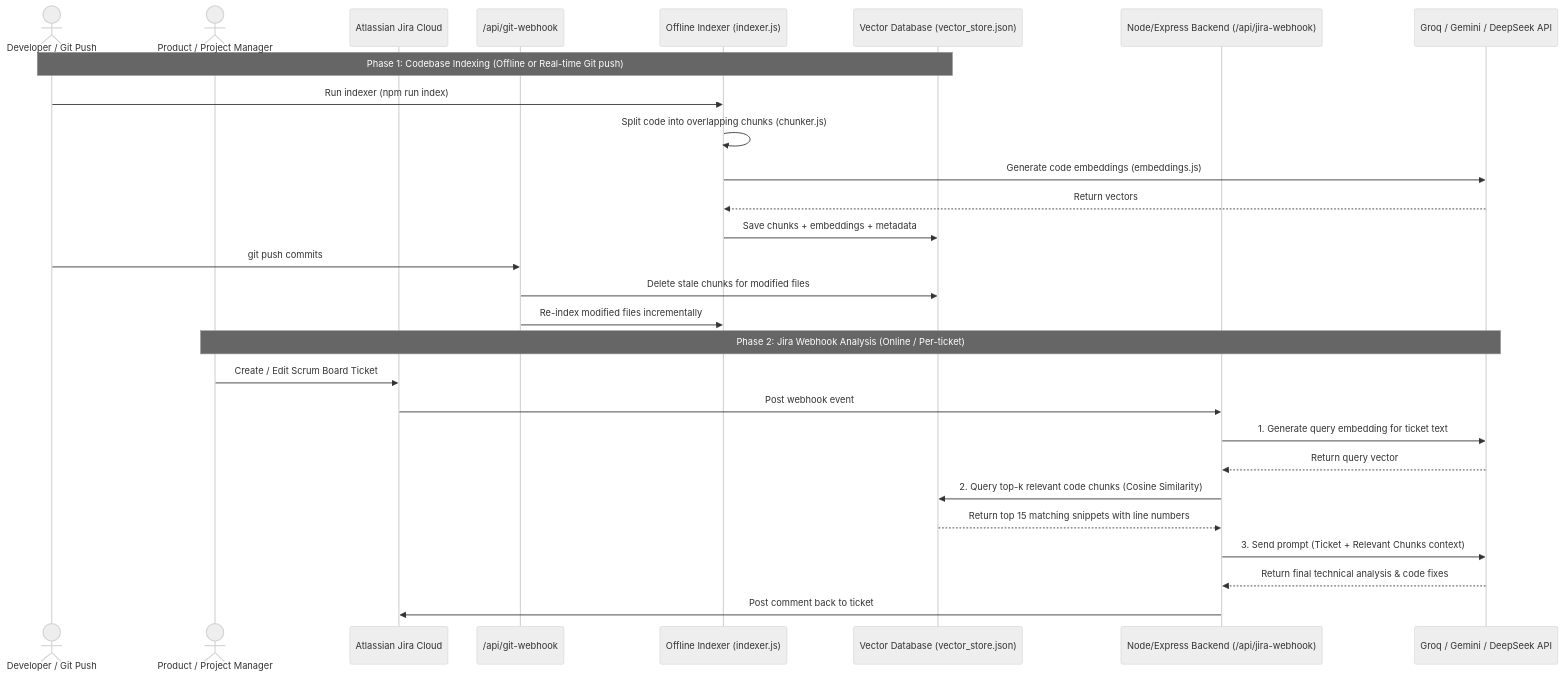
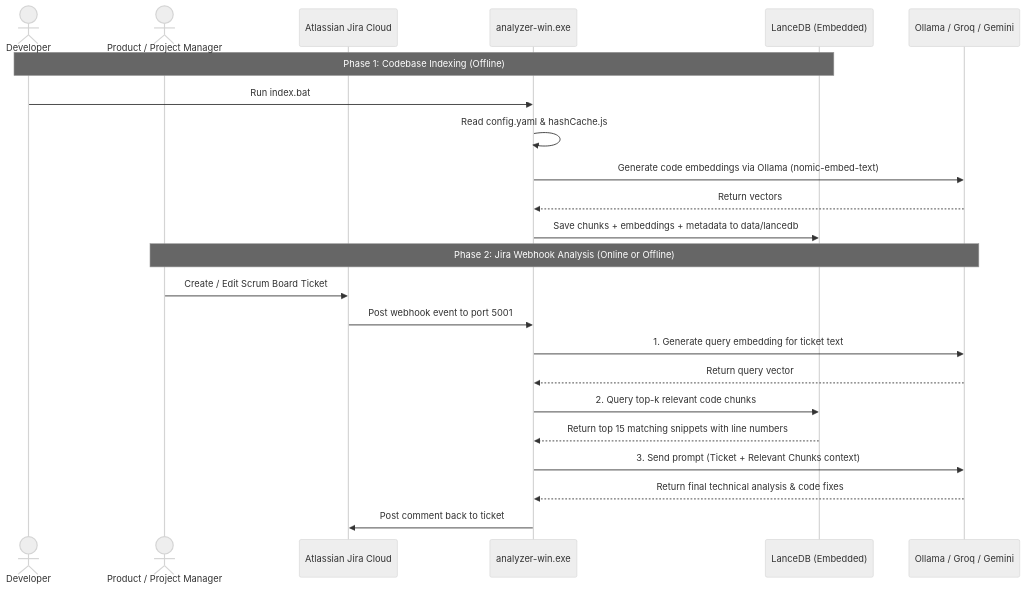
Before and after one commit to ketankapale8/AIAutomationMVP: the diagram in README.md, drawn with Mermaid (neutral theme). The commit also changed other lines of this file, not shown here.

Commit message:
docs: rewrite README to reflect v2.2 standalone executable architecture, LanceDB, and multi-tier Ollama routing

````diff
--- a/README.md
+++ b/README.md
@@ -10,36 +10,29 @@
 ```mermaid
 sequenceDiagram
-    actor Dev as Developer / Git Push
+    actor Dev as Developer
     actor User as Product / Project Manager
     participant Jira as Atlassian Jira Cloud
-    participant Webhook as /api/git-webhook
-    participant Indexer as Offline Indexer (indexer.js)
-    participant VectorDB as Vector Database (vector_store.json)
-    participant Backend as Node/Express Backend (/api/jira-webhook)
-    participant LLM as Groq / Gemini / DeepSeek API
+    participant Executable as analyzer-win.exe
+    participant VectorDB as LanceDB (Embedded)
+    participant LLM as Ollama / Groq / Gemini
 
     %% Phase 1: Offline Indexing
-    Note over Dev, VectorDB: Phase 1: Codebase Indexing (Offline or Real-time Git push)
-    Dev->>Indexer: Run indexer (npm run index)
-    Indexer->>Indexer: Split code into overlapping chunks (chunker.js)
-    Indexer->>LLM: Generate code embeddings (embeddings.js)
-    LLM-->>Indexer: Return vectors
-    Indexer->>VectorDB: Save chunks + embeddings + metadata
-    
-    %% Phase 1b: Webhook Synch
-    Dev->>Webhook: git push commits
-    Webhook->>VectorDB: Delete stale chunks for modified files
-    Webhook->>Indexer: Re-index modified files incrementally
+    Note over Dev, VectorDB: Phase 1: Codebase Indexing (Offline)
+    Dev->>Executable: Run index.bat
+    Executable->>Executable: Read config.yaml & hashCache.js
+    Executable->>LLM: Generate code embeddings via Ollama (nomic-embed-text)
+    LLM-->>Executable: Return vectors
+    Executable->>VectorDB: Save chunks + embeddings + metadata to data/lancedb
     
     %% Phase 2: Per-Ticket Analysis
-    Note over User, LLM: Phase 2: Jira Webhook Analysis (Online / Per-ticket)
+    Note over User, LLM: Phase 2: Jira Webhook Analysis (Online or Offline)
     User->>Jira: Create / Edit Scrum Board Ticket
-    Jira->>Backend: Post webhook event
-    Backend->>LLM: 1. Generate query embedding for ticket text
-    LLM-->>Backend: Return query vector
-    Backend->>VectorDB: 2. Query top-k relevant code chunks (Cosine Similarity)
-    VectorDB-->>Backend: Return top 15 matching snippets with line numbers
-    Backend->>LLM: 3. Send prompt (Ticket + Relevant Chunks context)
-    LLM-->>Backend: Return final technical analysis & code fixes
-    Backend->>Jira: Post comment back to ticket
+    Jira->>Executable: Post webhook event to port 5001
+    Executable->>LLM: 1. Generate query embedding for ticket text
+    LLM-->>Executable: Return query vector
+    Executable->>VectorDB: 2. Query top-k relevant code chunks
+    VectorDB-->>Executable: Return top 15 matching snippets with line numbers
+    Executable->>LLM: 3. Send prompt (Ticket + Relevant Chunks context)
+    LLM-->>Executable: Return final technical analysis & code fixes
+    Executable->>Jira: Post comment back to ticket
 ```
````
